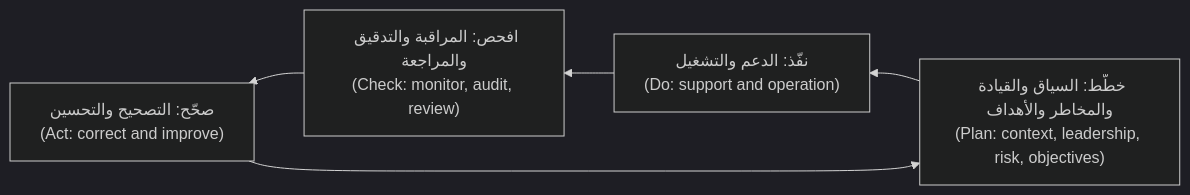
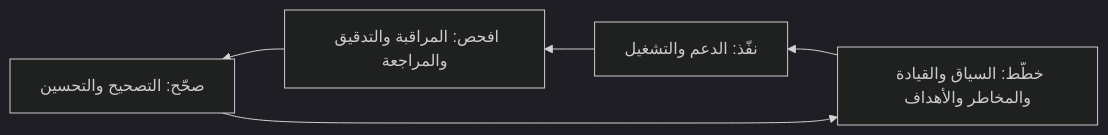
The second of 2 diagrams in aigp/modules/07-frameworks.ar.md (Tamoura/system-design-for-vibe-coders), drawn with Mermaid (dark theme) before and after one commit. The commit also changed other lines of this file and 551 other files, not shown here.

````diff
--- a/aigp/modules/07-frameworks.ar.md
+++ b/aigp/modules/07-frameworks.ar.md
@@ -348,7 +348,7 @@
 ```mermaid
 flowchart RL
-  P["خطّط: السياق والقيادة والمخاطر والأهداف<br/>(Plan: context, leadership, risk, objectives)"] --> D["نفّذ: الدعم والتشغيل<br/>(Do: support and operation)"]
-  D --> C["افحص: المراقبة والتدقيق والمراجعة<br/>(Check: monitor, audit, review)"]
-  C --> A["صحّح: التصحيح والتحسين<br/>(Act: correct and improve)"]
+  P["خطّط: السياق والقيادة والمخاطر والأهداف"] --> D["نفّذ: الدعم والتشغيل"]
+  D --> C["افحص: المراقبة والتدقيق والمراجعة"]
+  C --> A["صحّح: التصحيح والتحسين"]
   A --> P
 ```
````
